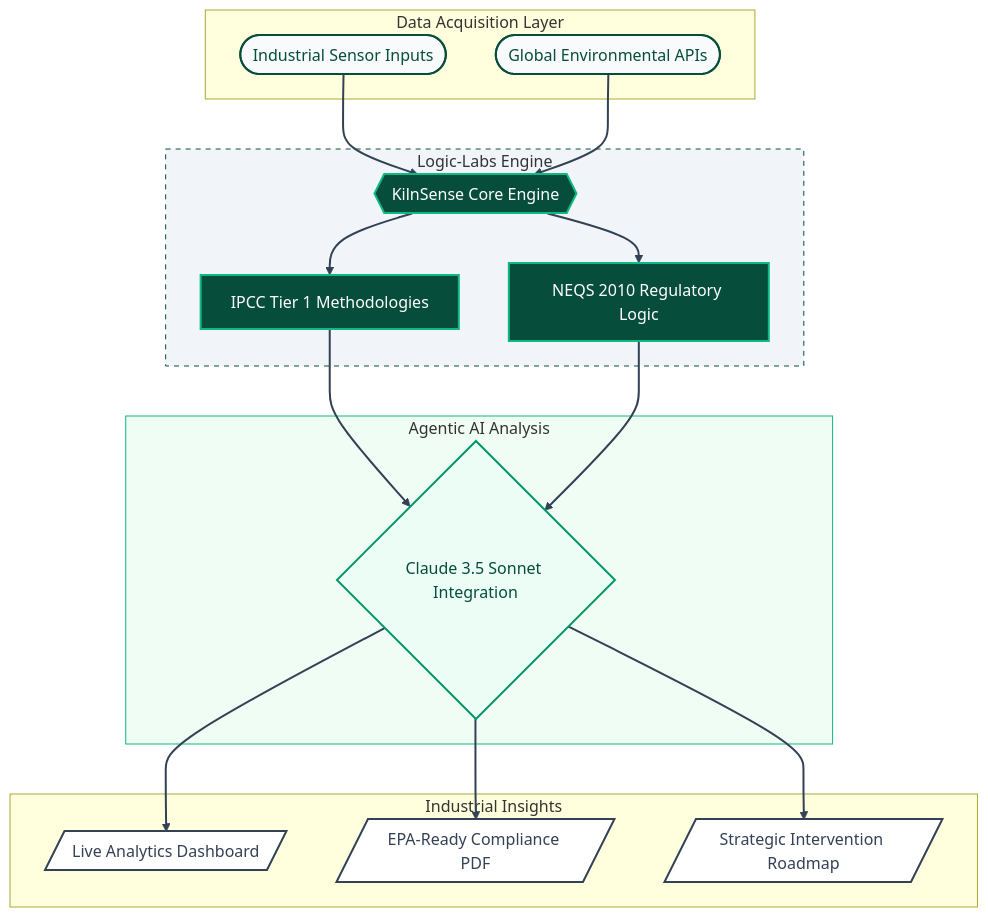
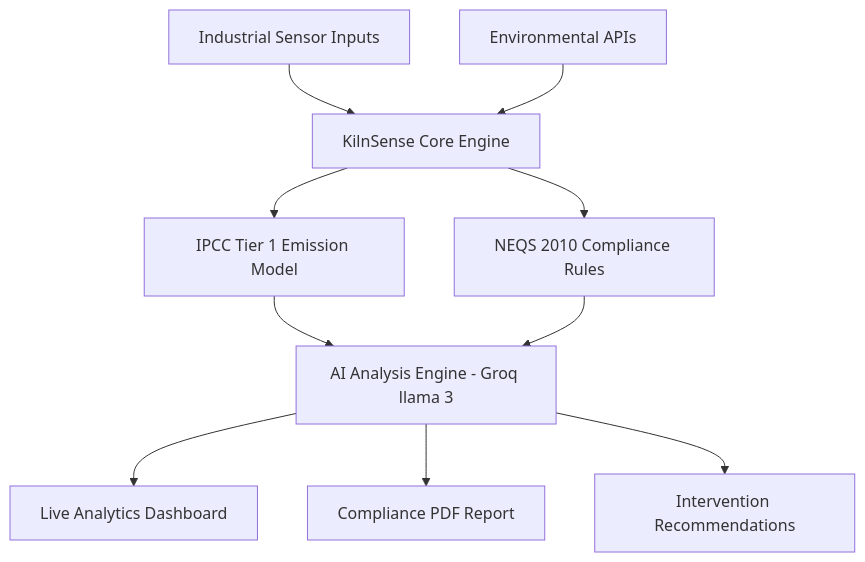
One commit to syedsaad314/Kilnsense-AI-Powered-ESG-Compliance changed the diagram in README.md. Above: the diagram before and after it, drawn with Mermaid. The commit also changed other lines of this file, not shown here.

Commit message:
Enhance README with demo link and image previews
Added live demo link and preview images to README.

````diff
--- a/README.md
+++ b/README.md
@@ -21,49 +46,30 @@
 ```mermaid
 graph TD
-    %% Global Styles
-    classDef input fill:#F8FAFC,stroke:#064E3B,stroke-width:2px,color:#064E3B
-    classDef logic fill:#064E3B,stroke:#10B981,stroke-width:2px,color:#fff
-    classDef ai fill:#ECFDF5,stroke:#059669,stroke-width:2px,color:#064E3B
-    classDef output fill:#FFFFFF,stroke:#334155,stroke-width:2px,color:#334155
 
-    subgraph Data_Input [Data Acquisition Layer]
-        A([Industrial Sensor Inputs])
-        B([Global Environmental APIs])
-    end
+A[Industrial Sensor Inputs]
+B[Environmental APIs]
 
-    subgraph Core_Processing [Logic-Labs Engine]
-        C{{KilnSense Core Engine}}
-        D[IPCC Tier 1 Methodologies]
-        E[NEQS 2010 Regulatory Logic]
-    end
+C[KilnSense Core Engine]
+D[IPCC Tier 1 Emission Model]
+E[NEQS 2010 Compliance Rules]
 
-    subgraph Intelligence_Layer [Agentic AI Analysis]
-        F{Claude 3.5 Sonnet Integration}
-    end
+F[AI Analysis Engine - Groq llama 3]
 
-    subgraph Output_Interfaces [Industrial Insights]
-        G[/Live Analytics Dashboard/]
-        H[/EPA-Ready Compliance PDF/]
-        I[/Strategic Intervention Roadmap/]
-    end
+G[Live Analytics Dashboard]
+H[Compliance PDF Report]
+I[Intervention Recommendations]
 
-    %% Connections with High-Contrast Link Styling
-    A & B --> C
-    C --> D & E
-    D & E --> F
-    F --> G & H & I
+A --> C
+B --> C
 
-    %% Apply Styles
-    class A,B input
-    class C,D,E logic
-    class F ai
-    class G,H,I output
+C --> D
+C --> E
 
-    %% Explicit Link/Arrow Visibility Fix
-    linkStyle default stroke:#334155,stroke-width:2px,transition:all 0.3s;
+D --> F
+E --> F
 
-    %% Specific Subgraph Styling
-    style Core_Processing fill:#F1F5F9,stroke:#064E3B,stroke-dasharray: 5 5
-    style Intelligence_Layer fill:#F0FDF4,stroke:#10B981
+F --> G
+F --> H
+F --> I
 
 ```
````
